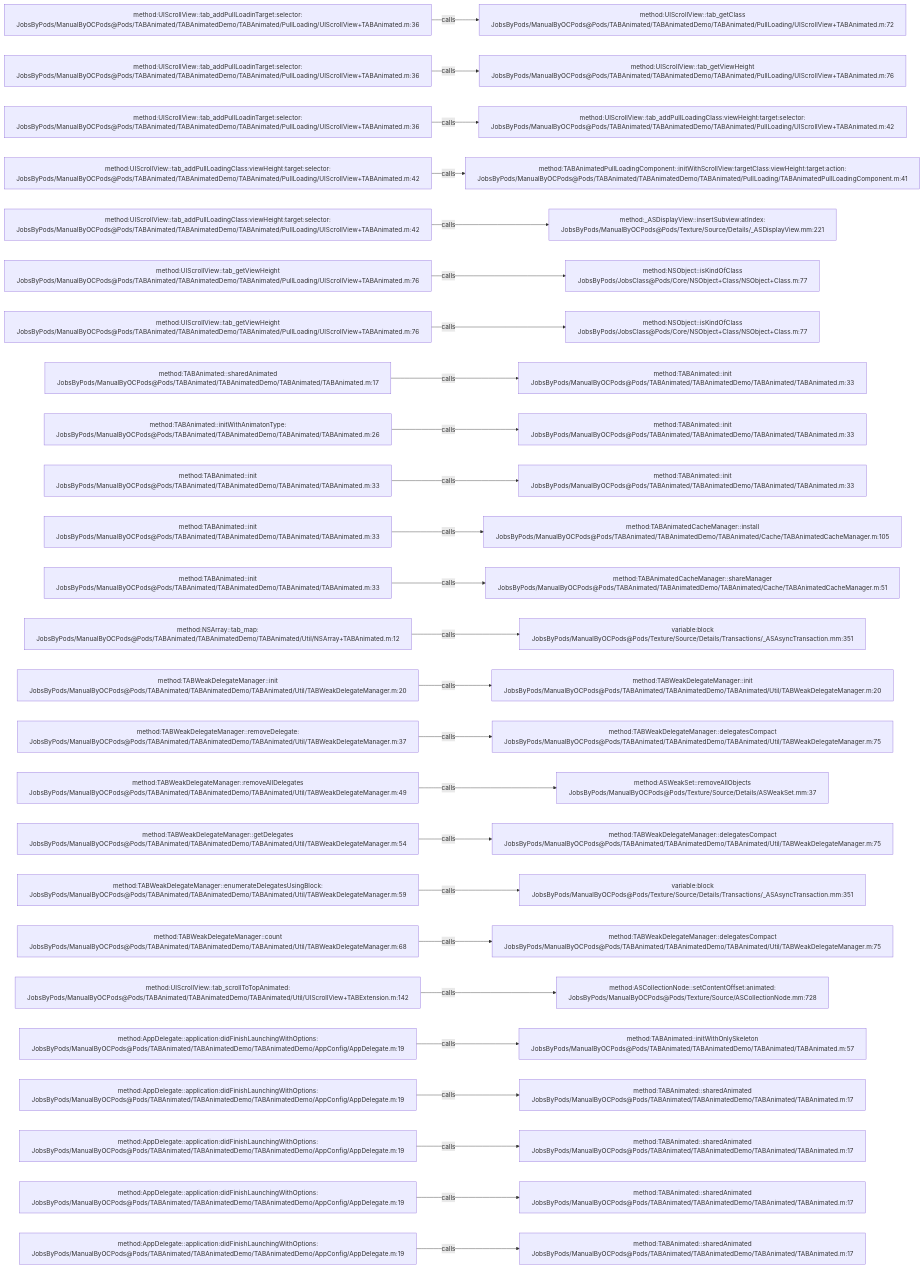
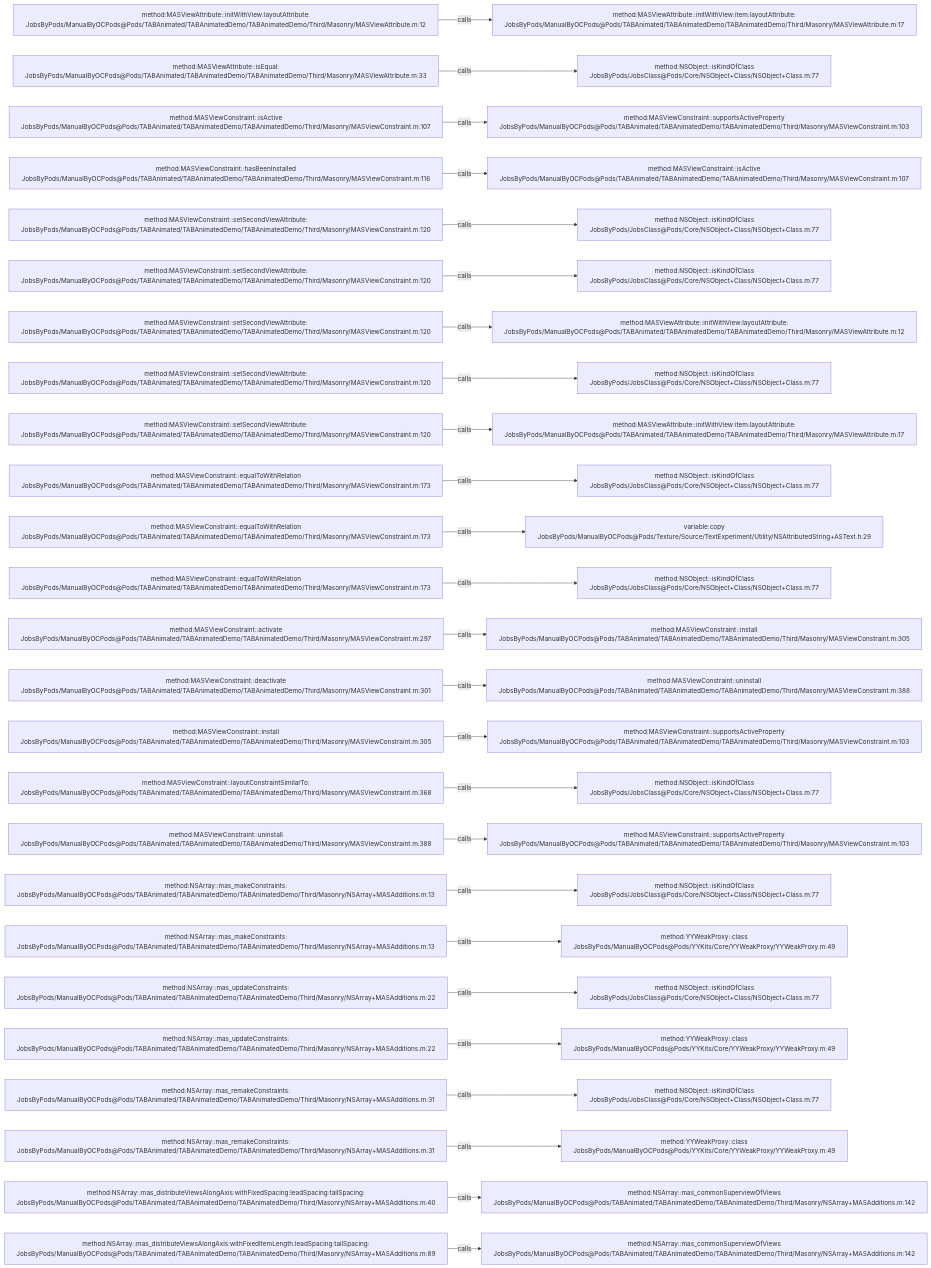
Before and after one commit to JobsKits/JobsOCBaseConfigDemo: the diagram in .codegraph/codegraph.md/graphs/calls-037.md, drawn with Mermaid. The commit also changed 1448 other files, not shown here.

````diff
--- a/.codegraph/codegraph.md/graphs/calls-037.md
+++ b/.codegraph/codegraph.md/graphs/calls-037.md
@@ -13,78 +13,78 @@
 ```mermaid
 flowchart LR
-  S1["method:UIScrollView::tab_addPullLoadinTarget:selector:<br/>JobsByPods/ManualByOCPods@Pods/TABAnimated/TABAnimatedDemo/TABAnimated/PullLoading/UIScrollView+TABAnimated.m:36"]
-  T1["method:UIScrollView::tab_getClass<br/>JobsByPods/ManualByOCPods@Pods/TABAnimated/TABAnimatedDemo/TABAnimated/PullLoading/UIScrollView+TABAnimated.m:72"]
+  S1["method:MASViewAttribute::initWithView:layoutAttribute:<br/>JobsByPods/ManualByOCPods@Pods/TABAnimated/TABAnimatedDemo/TABAnimatedDemo/Third/Masonry/MASViewAttribute.m:12"]
+  T1["method:MASViewAttribute::initWithView:item:layoutAttribute:<br/>JobsByPods/ManualByOCPods@Pods/TABAnimated/TABAnimatedDemo/TABAnimatedDemo/Third/Masonry/MASViewAttribute.m:17"]
   S1 -->|calls| T1
-  S2["method:UIScrollView::tab_addPullLoadinTarget:selector:<br/>JobsByPods/ManualByOCPods@Pods/TABAnimated/TABAnimatedDemo/TABAnimated/PullLoading/UIScrollView+TABAnimated.m:36"]
-  T2["method:UIScrollView::tab_getViewHeight<br/>JobsByPods/ManualByOCPods@Pods/TABAnimated/TABAnimatedDemo/TABAnimated/PullLoading/UIScrollView+TABAnimated.m:76"]
+  S2["method:MASViewAttribute::isEqual:<br/>JobsByPods/ManualByOCPods@Pods/TABAnimated/TABAnimatedDemo/TABAnimatedDemo/Third/Masonry/MASViewAttribute.m:33"]
+  T2["method:NSObject::isKindOfClass<br/>JobsByPods/JobsClass@Pods/Core/NSObject+Class/NSObject+Class.m:77"]
   S2 -->|calls| T2
-  S3["method:UIScrollView::tab_addPullLoadinTarget:selector:<br/>JobsByPods/ManualByOCPods@Pods/TABAnimated/TABAnimatedDemo/TABAnimated/PullLoading/UIScrollView+TABAnimated.m:36"]
-  T3["method:UIScrollView::tab_addPullLoadingClass:viewHeight:target:selector:<br/>JobsByPods/ManualByOCPods@Pods/TABAnimated/TABAnimatedDemo/TABAnimated/PullLoading/UIScrollView+TABAnimated.m:42"]
+  S3["method:MASViewConstraint::isActive<br/>JobsByPods/ManualByOCPods@Pods/TABAnimated/TABAnimatedDemo/TABAnimatedDemo/Third/Masonry/MASViewConstraint.m:107"]
+  T3["method:MASViewConstraint::supportsActiveProperty<br/>JobsByPods/ManualByOCPods@Pods/TABAnimated/TABAnimatedDemo/TABAnimatedDemo/Third/Masonry/MASViewConstraint.m:103"]
   S3 -->|calls| T3
-  S4["method:UIScrollView::tab_addPullLoadingClass:viewHeight:target:selector:<br/>JobsByPods/ManualByOCPods@Pods/TABAnimated/TABAnimatedDemo/TABAnimated/PullLoading/UIScrollView+TABAnimated.m:42"]
-  T4["method:TABAnimatedPullLoadingComponent::initWithScrollView:targetClass:viewHeight:target:action:<br/>JobsByPods/ManualByOCPods@Pods/TABAnimated/TABAnimatedDemo/TABAnimated/PullLoading/TABAnimatedPullLoadingComponent.m:41"]
+  S4["method:MASViewConstraint::hasBeenInstalled<br/>JobsByPods/ManualByOCPods@Pods/TABAnimated/TABAnimatedDemo/TABAnimatedDemo/Third/Masonry/MASViewConstraint.m:116"]
+  T4["method:MASViewConstraint::isActive<br/>JobsByPods/ManualByOCPods@Pods/TABAnimated/TABAnimatedDemo/TABAnimatedDemo/Third/Masonry/MASViewConstraint.m:107"]
   S4 -->|calls| T4
-  S5["method:UIScrollView::tab_addPullLoadingClass:viewHeight:target:selector:<br/>JobsByPods/ManualByOCPods@Pods/TABAnimated/TABAnimatedDemo/TABAnimated/PullLoading/UIScrollView+TABAnimated.m:42"]
-  T5["method:_ASDisplayView::insertSubview:atIndex:<br/>JobsByPods/ManualByOCPods@Pods/Texture/Source/Details/_ASDisplayView.mm:221"]
+  S5["method:MASViewConstraint::setSecondViewAttribute:<br/>JobsByPods/ManualByOCPods@Pods/TABAnimated/TABAnimatedDemo/TABAnimatedDemo/Third/Masonry/MASViewConstraint.m:120"]
+  T5["method:NSObject::isKindOfClass<br/>JobsByPods/JobsClass@Pods/Core/NSObject+Class/NSObject+Class.m:77"]
   S5 -->|calls| T5
-  S6["method:UIScrollView::tab_getViewHeight<br/>JobsByPods/ManualByOCPods@Pods/TABAnimated/TABAnimatedDemo/TABAnimated/PullLoading/UIScrollView+TABAnimated.m:76"]
+  S6["method:MASViewConstraint::setSecondViewAttribute:<br/>JobsByPods/ManualByOCPods@Pods/TABAnimated/TABAnimatedDemo/TABAnimatedDemo/Third/Masonry/MASViewConstraint.m:120"]
   T6["method:NSObject::isKindOfClass<br/>JobsByPods/JobsClass@Pods/Core/NSObject+Class/NSObject+Class.m:77"]
   S6 -->|calls| T6
-  S7["method:UIScrollView::tab_getViewHeight<br/>JobsByPods/ManualByOCPods@Pods/TABAnimated/TABAnimatedDemo/TABAnimated/PullLoading/UIScrollView+TABAnimated.m:76"]
-  T7["method:NSObject::isKindOfClass<br/>JobsByPods/JobsClass@Pods/Core/NSObject+Class/NSObject+Class.m:77"]
+  S7["method:MASViewConstraint::setSecondViewAttribute:<br/>JobsByPods/ManualByOCPods@Pods/TABAnimated/TABAnimatedDemo/TABAnimatedDemo/Third/Masonry/MASViewConstraint.m:120"]
+  T7["method:MASViewAttribute::initWithView:layoutAttribute:<br/>JobsByPods/ManualByOCPods@Pods/TABAnimated/TABAnimatedDemo/TABAnimatedDemo/Third/Masonry/MASViewAttribute.m:12"]
   S7 -->|calls| T7
-  S8["method:TABAnimated::sharedAnimated<br/>JobsByPods/ManualByOCPods@Pods/TABAnimated/TABAnimatedDemo/TABAnimated/TABAnimated.m:17"]
-  T8["method:TABAnimated::init<br/>JobsByPods/ManualByOCPods@Pods/TABAnimated/TABAnimatedDemo/TABAnimated/TABAnimated.m:33"]
+  S8["method:MASViewConstraint::setSecondViewAttribute:<br/>JobsByPods/ManualByOCPods@Pods/TABAnimated/TABAnimatedDemo/TABAnimatedDemo/Third/Masonry/MASViewConstraint.m:120"]
+  T8["method:NSObject::isKindOfClass<br/>JobsByPods/JobsClass@Pods/Core/NSObject+Class/NSObject+Class.m:77"]
   S8 -->|calls| T8
-  S9["method:TABAnimated::initWithAnimatonType:<br/>JobsByPods/ManualByOCPods@Pods/TABAnimated/TABAnimatedDemo/TABAnimated/TABAnimated.m:26"]
-  T9["method:TABAnimated::init<br/>JobsByPods/ManualByOCPods@Pods/TABAnimated/TABAnimatedDemo/TABAnimated/TABAnimated.m:33"]
+  S9["method:MASViewConstraint::setSecondViewAttribute:<br/>JobsByPods/ManualByOCPods@Pods/TABAnimated/TABAnimatedDemo/TABAnimatedDemo/Third/Masonry/MASViewConstraint.m:120"]
+  T9["method:MASViewAttribute::initWithView:item:layoutAttribute:<br/>JobsByPods/ManualByOCPods@Pods/TABAnimated/TABAnimatedDemo/TABAnimatedDemo/Third/Masonry/MASViewAttribute.m:17"]
   S9 -->|calls| T9
-  S10["method:TABAnimated::init<br/>JobsByPods/ManualByOCPods@Pods/TABAnimated/TABAnimatedDemo/TABAnimated/TABAnimated.m:33"]
-  T10["method:TABAnimated::init<br/>JobsByPods/ManualByOCPods@Pods/TABAnimated/TABAnimatedDemo/TABAnimated/TABAnimated.m:33"]
+  S10["method:MASViewConstraint::equalToWithRelation<br/>JobsByPods/ManualByOCPods@Pods/TABAnimated/TABAnimatedDemo/TABAnimatedDemo/Third/Masonry/MASViewConstraint.m:173"]
+  T10["method:NSObject::isKindOfClass<br/>JobsByPods/JobsClass@Pods/Core/NSObject+Class/NSObject+Class.m:77"]
   S10 -->|calls| T10
-  S11["method:TABAnimated::init<br/>JobsByPods/ManualByOCPods@Pods/TABAnimated/TABAnimatedDemo/TABAnimated/TABAnimated.m:33"]
-  T11["method:TABAnimatedCacheManager::install<br/>JobsByPods/ManualByOCPods@Pods/TABAnimated/TABAnimatedDemo/TABAnimated/Cache/TABAnimatedCacheManager.m:105"]
+  S11["method:MASViewConstraint::equalToWithRelation<br/>JobsByPods/ManualByOCPods@Pods/TABAnimated/TABAnimatedDemo/TABAnimatedDemo/Third/Masonry/MASViewConstraint.m:173"]
+  T11["variable:copy<br/>JobsByPods/ManualByOCPods@Pods/Texture/Source/TextExperiment/Utility/NSAttributedString+ASText.h:29"]
   S11 -->|calls| T11
-  S12["method:TABAnimated::init<br/>JobsByPods/ManualByOCPods@Pods/TABAnimated/TABAnimatedDemo/TABAnimated/TABAnimated.m:33"]
-  T12["method:TABAnimatedCacheManager::shareManager<br/>JobsByPods/ManualByOCPods@Pods/TABAnimated/TABAnimatedDemo/TABAnimated/Cache/TABAnimatedCacheManager.m:51"]
+  S12["method:MASViewConstraint::equalToWithRelation<br/>JobsByPods/ManualByOCPods@Pods/TABAnimated/TABAnimatedDemo/TABAnimatedDemo/Third/Masonry/MASViewConstraint.m:173"]
+  T12["method:NSObject::isKindOfClass<br/>JobsByPods/JobsClass@Pods/Core/NSObject+Class/NSObject+Class.m:77"]
   S12 -->|calls| T12
-  S13["method:NSArray::tab_map:<br/>JobsByPods/ManualByOCPods@Pods/TABAnimated/TABAnimatedDemo/TABAnimated/Util/NSArray+TABAnimated.m:12"]
-  T13["variable:block<br/>JobsByPods/ManualByOCPods@Pods/Texture/Source/Details/Transactions/_ASAsyncTransaction.mm:351"]
+  S13["method:MASViewConstraint::activate<br/>JobsByPods/ManualByOCPods@Pods/TABAnimated/TABAnimatedDemo/TABAnimatedDemo/Third/Masonry/MASViewConstraint.m:297"]
+  T13["method:MASViewConstraint::install<br/>JobsByPods/ManualByOCPods@Pods/TABAnimated/TABAnimatedDemo/TABAnimatedDemo/Third/Masonry/MASViewConstraint.m:305"]
   S13 -->|calls| T13
-  S14["method:TABWeakDelegateManager::init<br/>JobsByPods/ManualByOCPods@Pods/TABAnimated/TABAnimatedDemo/TABAnimated/Util/TABWeakDelegateManager.m:20"]
-  T14["method:TABWeakDelegateManager::init<br/>JobsByPods/ManualByOCPods@Pods/TABAnimated/TABAnimatedDemo/TABAnimated/Util/TABWeakDelegateManager.m:20"]
+  S14["method:MASViewConstraint::deactivate<br/>JobsByPods/ManualByOCPods@Pods/TABAnimated/TABAnimatedDemo/TABAnimatedDemo/Third/Masonry/MASViewConstraint.m:301"]
+  T14["method:MASViewConstraint::uninstall<br/>JobsByPods/ManualByOCPods@Pods/TABAnimated/TABAnimatedDemo/TABAnimatedDemo/Third/Masonry/MASViewConstraint.m:388"]
   S14 -->|calls| T14
-  S15["method:TABWeakDelegateManager::removeDelegate:<br/>JobsByPods/ManualByOCPods@Pods/TABAnimated/TABAnimatedDemo/TABAnimated/Util/TABWeakDelegateManager.m:37"]
-  T15["method:TABWeakDelegateManager::delegatesCompact<br/>JobsByPods/ManualByOCPods@Pods/TABAnimated/TABAnimatedDemo/TABAnimated/Util/TABWeakDelegateManager.m:75"]
+  S15["method:MASViewConstraint::install<br/>JobsByPods/ManualByOCPods@Pods/TABAnimated/TABAnimatedDemo/TABAnimatedDemo/Third/Masonry/MASViewConstraint.m:305"]
+  T15["method:MASViewConstraint::supportsActiveProperty<br/>JobsByPods/ManualByOCPods@Pods/TABAnimated/TABAnimatedDemo/TABAnimatedDemo/Third/Masonry/MASViewConstraint.m:103"]
   S15 -->|calls| T15
-  S16["method:TABWeakDelegateManager::removeAllDelegates<br/>JobsByPods/ManualByOCPods@Pods/TABAnimated/TABAnimatedDemo/TABAnimated/Util/TABWeakDelegateManager.m:49"]
-  T16["method:ASWeakSet::removeAllObjects<br/>JobsByPods/ManualByOCPods@Pods/Texture/Source/Details/ASWeakSet.mm:37"]
+  S16["method:MASViewConstraint::layoutConstraintSimilarTo:<br/>JobsByPods/ManualByOCPods@Pods/TABAnimated/TABAnimatedDemo/TABAnimatedDemo/Third/Masonry/MASViewConstraint.m:368"]
+  T16["method:NSObject::isKindOfClass<br/>JobsByPods/JobsClass@Pods/Core/NSObject+Class/NSObject+Class.m:77"]
   S16 -->|calls| T16
-  S17["method:TABWeakDelegateManager::getDelegates<br/>JobsByPods/ManualByOCPods@Pods/TABAnimated/TABAnimatedDemo/TABAnimated/Util/TABWeakDelegateManager.m:54"]
-  T17["method:TABWeakDelegateManager::delegatesCompact<br/>JobsByPods/ManualByOCPods@Pods/TABAnimated/TABAnimatedDemo/TABAnimated/Util/TABWeakDelegateManager.m:75"]
+  S17["method:MASViewConstraint::uninstall<br/>JobsByPods/ManualByOCPods@Pods/TABAnimated/TABAnimatedDemo/TABAnimatedDemo/Third/Masonry/MASViewConstraint.m:388"]
+  T17["method:MASViewConstraint::supportsActiveProperty<br/>JobsByPods/ManualByOCPods@Pods/TABAnimated/TABAnimatedDemo/TABAnimatedDemo/Third/Masonry/MASViewConstraint.m:103"]
   S17 -->|calls| T17
-  S18["method:TABWeakDelegateManager::enumerateDelegatesUsingBlock:<br/>JobsByPods/ManualByOCPods@Pods/TABAnimated/TABAnimatedDemo/TABAnimated/Util/TABWeakDelegateManager.m:59"]
-  T18["variable:block<br/>JobsByPods/ManualByOCPods@Pods/Texture/Source/Details/Transactions/_ASAsyncTransaction.mm:351"]
+  S18["method:NSArray::mas_makeConstraints:<br/>JobsByPods/ManualByOCPods@Pods/TABAnimated/TABAnimatedDemo/TABAnimatedDemo/Third/Masonry/NSArray+MASAdditions.m:13"]
+  T18["method:NSObject::isKindOfClass<br/>JobsByPods/JobsClass@Pods/Core/NSObject+Class/NSObject+Class.m:77"]
   S18 -->|calls| T18
-  S19["method:TABWeakDelegateManager::count<br/>JobsByPods/ManualByOCPods@Pods/TABAnimated/TABAnimatedDemo/TABAnimated/Util/TABWeakDelegateManager.m:68"]
-  T19["method:TABWeakDelegateManager::delegatesCompact<br/>JobsByPods/ManualByOCPods@Pods/TABAnimated/TABAnimatedDemo/TABAnimated/Util/TABWeakDelegateManager.m:75"]
+  S19["method:NSArray::mas_makeConstraints:<br/>JobsByPods/ManualByOCPods@Pods/TABAnimated/TABAnimatedDemo/TABAnimatedDemo/Third/Masonry/NSArray+MASAdditions.m:13"]
+  T19["method:YYWeakProxy::class<br/>JobsByPods/ManualByOCPods@Pods/YYKits/Core/YYWeakProxy/YYWeakProxy.m:49"]
   S19 -->|calls| T19
-  S20["method:UIScrollView::tab_scrollToTopAnimated:<br/>JobsByPods/ManualByOCPods@Pods/TABAnimated/TABAnimatedDemo/TABAnimated/Util/UIScrollView+TABExtension.m:142"]
-  T20["method:ASCollectionNode::setContentOffset:animated:<br/>JobsByPods/ManualByOCPods@Pods/Texture/Source/ASCollectionNode.mm:728"]
+  S20["method:NSArray::mas_updateConstraints:<br/>JobsByPods/ManualByOCPods@Pods/TABAnimated/TABAnimatedDemo/TABAnimatedDemo/Third/Masonry/NSArray+MASAdditions.m:22"]
+  T20["method:NSObject::isKindOfClass<br/>JobsByPods/JobsClass@Pods/Core/NSObject+Class/NSObject+Class.m:77"]
   S20 -->|calls| T20
-  S21["method:AppDelegate::application:didFinishLaunchingWithOptions:<br/>JobsByPods/ManualByOCPods@Pods/TABAnimated/TABAnimatedDemo/TABAnimatedDemo/AppConfig/AppDelegate.m:19"]
-  T21["method:TABAnimated::initWithOnlySkeleton<br/>JobsByPods/ManualByOCPods@Pods/TABAnimated/TABAnimatedDemo/TABAnimated/TABAnimated.m:57"]
+  S21["method:NSArray::mas_updateConstraints:<br/>JobsByPods/ManualByOCPods@Pods/TABAnimated/TABAnimatedDemo/TABAnimatedDemo/Third/Masonry/NSArray+MASAdditions.m:22"]
+  T21["method:YYWeakProxy::class<br/>JobsByPods/ManualByOCPods@Pods/YYKits/Core/YYWeakProxy/YYWeakProxy.m:49"]
   S21 -->|calls| T21
-  S22["method:AppDelegate::application:didFinishLaunchingWithOptions:<br/>JobsByPods/ManualByOCPods@Pods/TABAnimated/TABAnimatedDemo/TABAnimatedDemo/AppConfig/AppDelegate.m:19"]
-  T22["method:TABAnimated::sharedAnimated<br/>JobsByPods/ManualByOCPods@Pods/TABAnimated/TABAnimatedDemo/TABAnimated/TABAnimated.m:17"]
+  S22["method:NSArray::mas_remakeConstraints:<br/>JobsByPods/ManualByOCPods@Pods/TABAnimated/TABAnimatedDemo/TABAnimatedDemo/Third/Masonry/NSArray+MASAdditions.m:31"]
+  T22["method:NSObject::isKindOfClass<br/>JobsByPods/JobsClass@Pods/Core/NSObject+Class/NSObject+Class.m:77"]
   S22 -->|calls| T22
-  S23["method:AppDelegate::application:didFinishLaunchingWithOptions:<br/>JobsByPods/ManualByOCPods@Pods/TABAnimated/TABAnimatedDemo/TABAnimatedDemo/AppConfig/AppDelegate.m:19"]
-  T23["method:TABAnimated::sharedAnimated<br/>JobsByPods/ManualByOCPods@Pods/TABAnimated/TABAnimatedDemo/TABAnimated/TABAnimated.m:17"]
+  S23["method:NSArray::mas_remakeConstraints:<br/>JobsByPods/ManualByOCPods@Pods/TABAnimated/TABAnimatedDemo/TABAnimatedDemo/Third/Masonry/NSArray+MASAdditions.m:31"]
+  T23["method:YYWeakProxy::class<br/>JobsByPods/ManualByOCPods@Pods/YYKits/Core/YYWeakProxy/YYWeakProxy.m:49"]
   S23 -->|calls| T23
-  S24["method:AppDelegate::application:didFinishLaunchingWithOptions:<br/>JobsByPods/ManualByOCPods@Pods/TABAnimated/TABAnimatedDemo/TABAnimatedDemo/AppConfig/AppDelegate.m:19"]
-  T24["method:TABAnimated::sharedAnimated<br/>JobsByPods/ManualByOCPods@Pods/TABAnimated/TABAnimatedDemo/TABAnimated/TABAnimated.m:17"]
+  S24["method:NSArray::mas_distributeViewsAlongAxis:withFixedSpacing:leadSpacing:tailSpacing:<br/>JobsByPods/ManualByOCPods@Pods/TABAnimated/TABAnimatedDemo/TABAnimatedDemo/Third/Masonry/NSArray+MASAdditions.m:40"]
+  T24["method:NSArray::mas_commonSuperviewOfViews<br/>JobsByPods/ManualByOCPods@Pods/TABAnimated/TABAnimatedDemo/TABAnimatedDemo/Third/Masonry/NSArray+MASAdditions.m:142"]
   S24 -->|calls| T24
-  S25["method:AppDelegate::application:didFinishLaunchingWithOptions:<br/>JobsByPods/ManualByOCPods@Pods/TABAnimated/TABAnimatedDemo/TABAnimatedDemo/AppConfig/AppDelegate.m:19"]
-  T25["method:TABAnimated::sharedAnimated<br/>JobsByPods/ManualByOCPods@Pods/TABAnimated/TABAnimatedDemo/TABAnimated/TABAnimated.m:17"]
+  S25["method:NSArray::mas_distributeViewsAlongAxis:withFixedItemLength:leadSpacing:tailSpacing:<br/>JobsByPods/ManualByOCPods@Pods/TABAnimated/TABAnimatedDemo/TABAnimatedDemo/Third/Masonry/NSArray+MASAdditions.m:89"]
+  T25["method:NSArray::mas_commonSuperviewOfViews<br/>JobsByPods/ManualByOCPods@Pods/TABAnimated/TABAnimatedDemo/TABAnimatedDemo/Third/Masonry/NSArray+MASAdditions.m:142"]
   S25 -->|calls| T25
 ```
````
